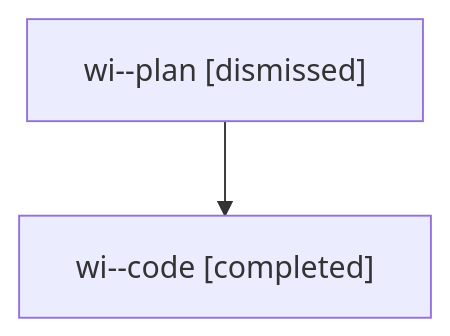
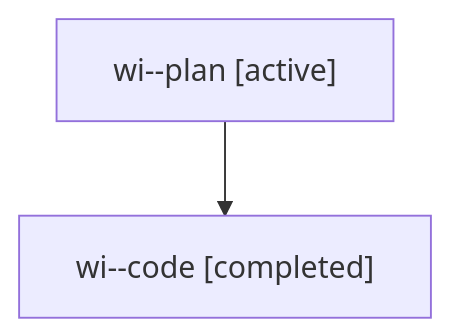
Before and after one commit to sase-org/sase--agents: the diagram in families/bbugyi200.athena.wi.md, drawn with Mermaid. The commit also changed other lines of this file and 35830 other files, not shown here.

````diff
--- a/families/bbugyi200.athena.wi.md
+++ b/families/bbugyi200.athena.wi.md
@@ -9,6 +9,6 @@
 ```mermaid
 flowchart TD
-  n0["wi--plan [dismissed]"]
+  n0["wi--plan [active]"]
   n1["wi--code [completed]"]
   n0 --> n1
 ```
````
